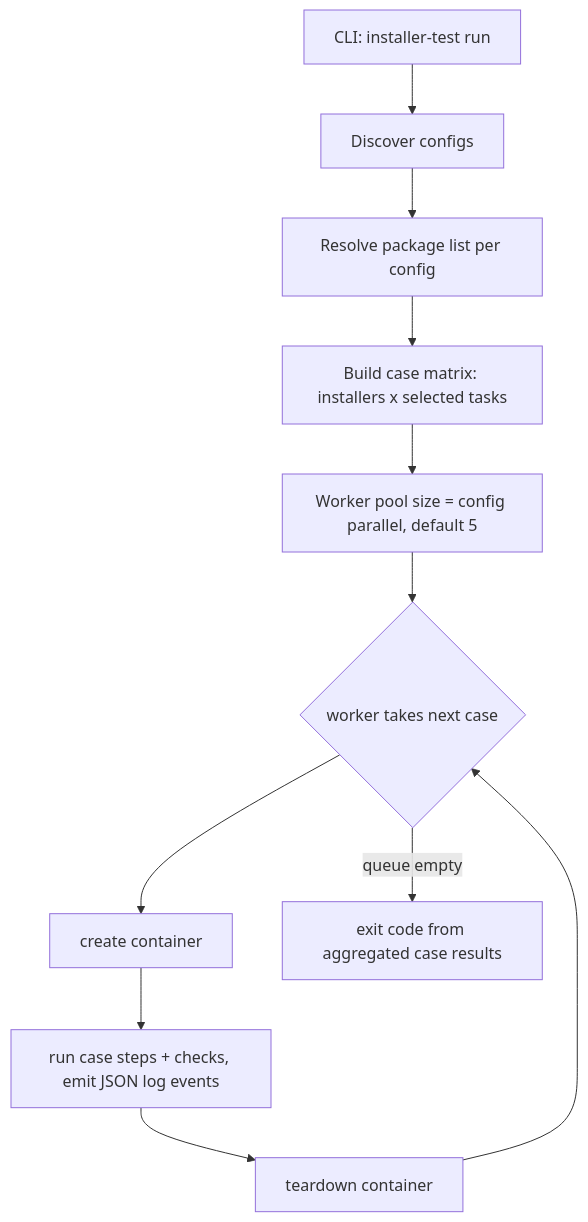
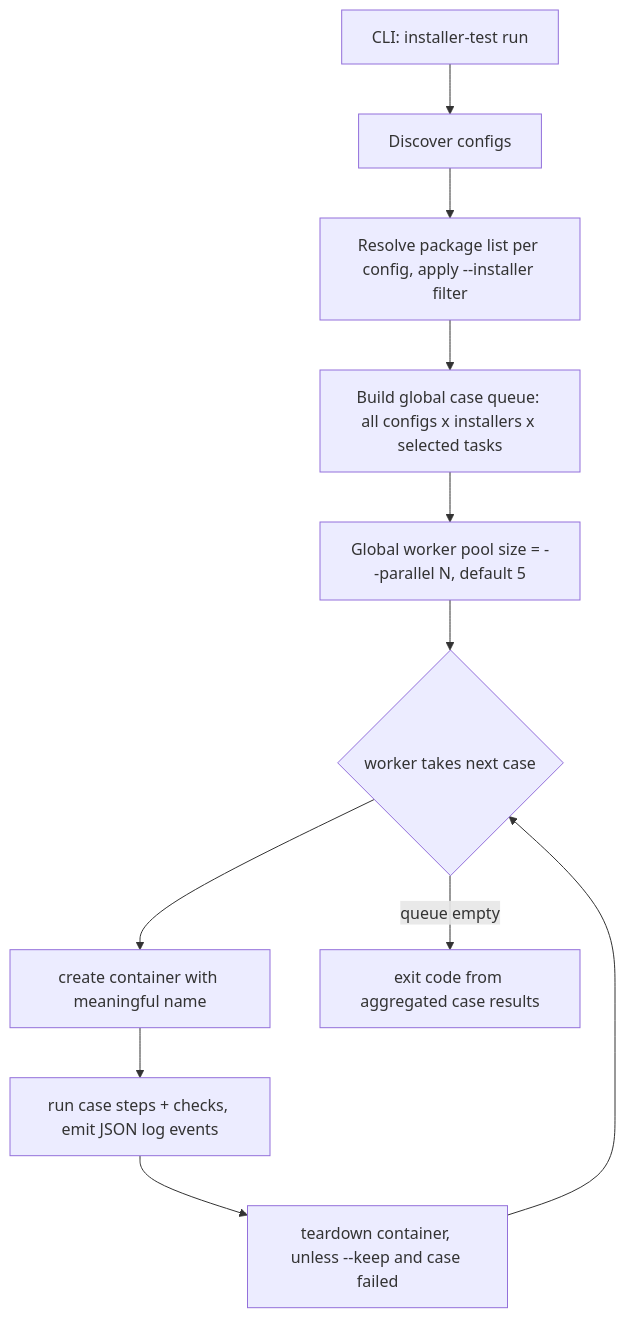
The diagram in docs/container-per-task-plan.md (zukigit/installer-testing-auto), drawn with Mermaid before and after one commit. The commit also changed other lines of this file, not shown here.

````diff
--- a/docs/container-per-task-plan.md
+++ b/docs/container-per-task-plan.md
@@ -79,13 +85,13 @@
 ```mermaid
 flowchart TD
     A[CLI: installer-test run] --> B[Discover configs]
-    B --> C[Resolve package list per config]
-    C --> D[Build case matrix: installers x selected tasks]
-    D --> E[Worker pool size = config parallel, default 5]
+    B --> C[Resolve package list per config, apply --installer filter]
+    C --> D[Build global case queue: all configs x installers x selected tasks]
+    D --> E[Global worker pool size = --parallel N, default 5]
     E --> F{worker takes next case}
-    F --> G[create container]
+    F --> G[create container with meaningful name]
     G --> H[run case steps + checks, emit JSON log events]
-    H --> I[teardown container]
+    H --> I[teardown container, unless --keep and case failed]
     I --> F
     F -->|queue empty| J[exit code from aggregated case results]
 ```
````
